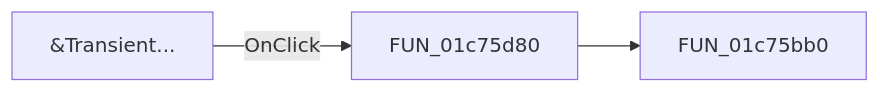
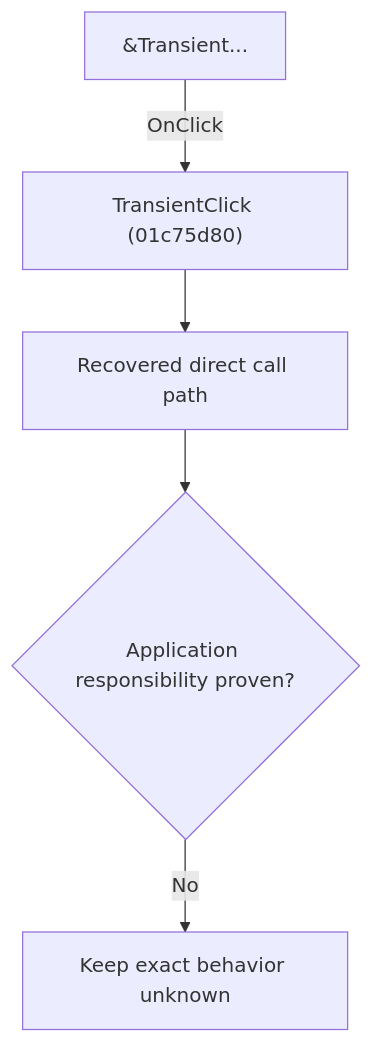
One commit to MovGP0/TIARA changed the diagram in docs/ui-controls/schematiceditor/transient-4bee190c1c.md. Above: the diagram before and after it, drawn with Mermaid. The commit also changed other lines of this file and 1062 other files, not shown here.

````diff
--- a/docs/ui-controls/schematiceditor/transient-4bee190c1c.md
+++ b/docs/ui-controls/schematiceditor/transient-4bee190c1c.md
@@ -27,5 +27,7 @@
 ```mermaid
-flowchart LR
-    control["&Transient..."] -->|OnClick| handler["FUN_01c75d80"]
-    handler --> call1["FUN_01c75bb0"]
+flowchart TD
+    control["&Transient..."] -->|"OnClick"| handler["TransientClick (01c75d80)"]
+    handler --> recovered["Recovered direct call path"]
+    recovered --> gap{"Application responsibility proven?"}
+    gap -->|"No"| blocked["Keep exact behavior unknown"]
 ```
````
